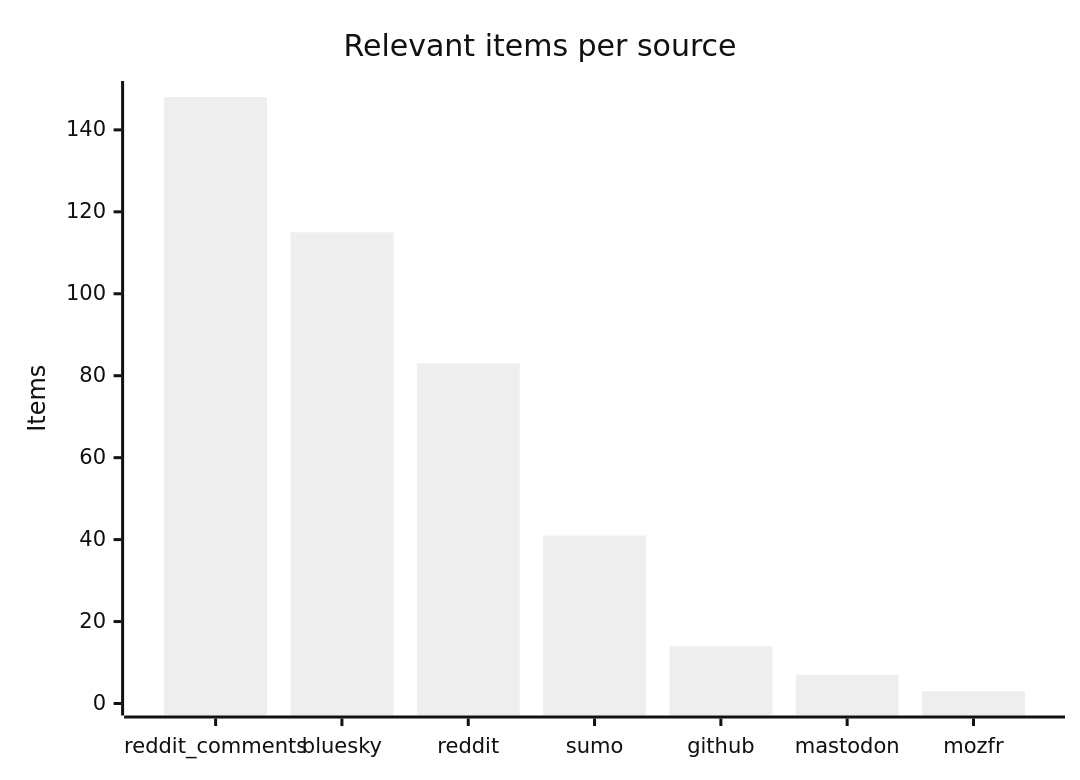
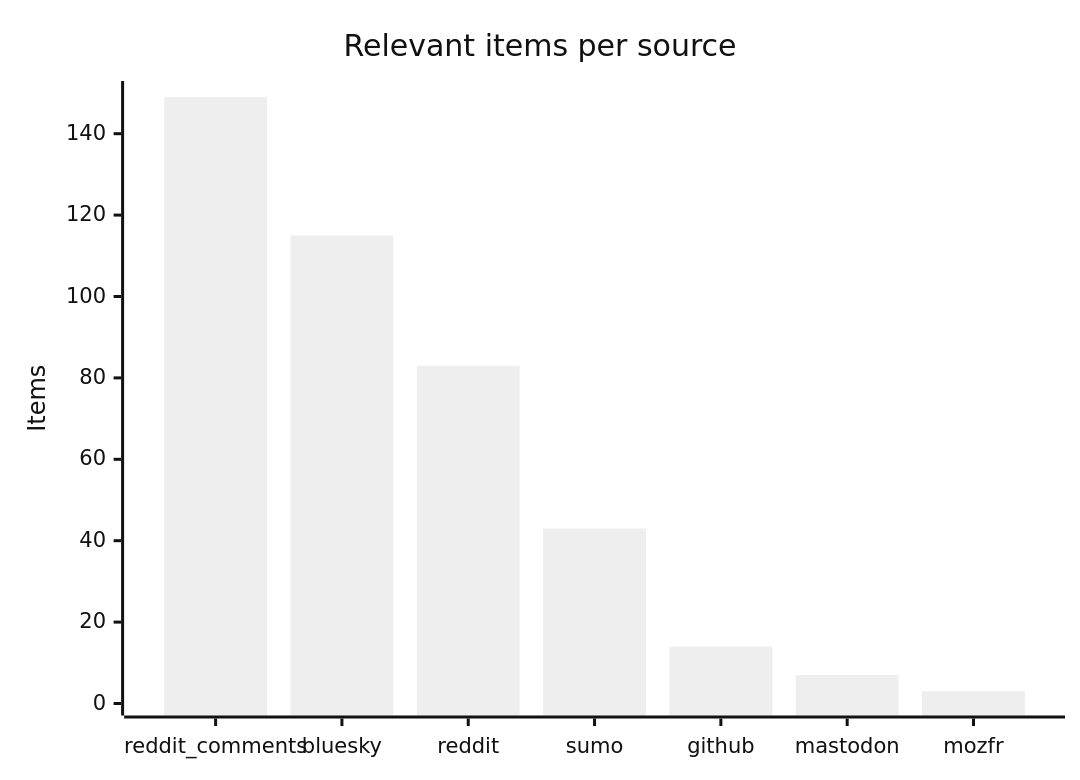
The third of 4 diagrams in README.md (martinbalfanz/social-scanner-reports), drawn with Mermaid (neutral theme) before and after one commit. The commit also changed other lines of this file and 4 other files, not shown here.

````diff
--- a/README.md
+++ b/README.md
@@ -48,7 +48,7 @@
 ```mermaid
 xychart-beta
     title "Relevant items per source"
     x-axis ["reddit_comments", "bluesky", "reddit", "sumo", "github", "mastodon", "mozfr"]
-    y-axis "Items" 0 --> 149
-    bar [148, 115, 83, 41, 14, 7, 3]
+    y-axis "Items" 0 --> 150
+    bar [149, 115, 83, 43, 14, 7, 3]
 ```
````
